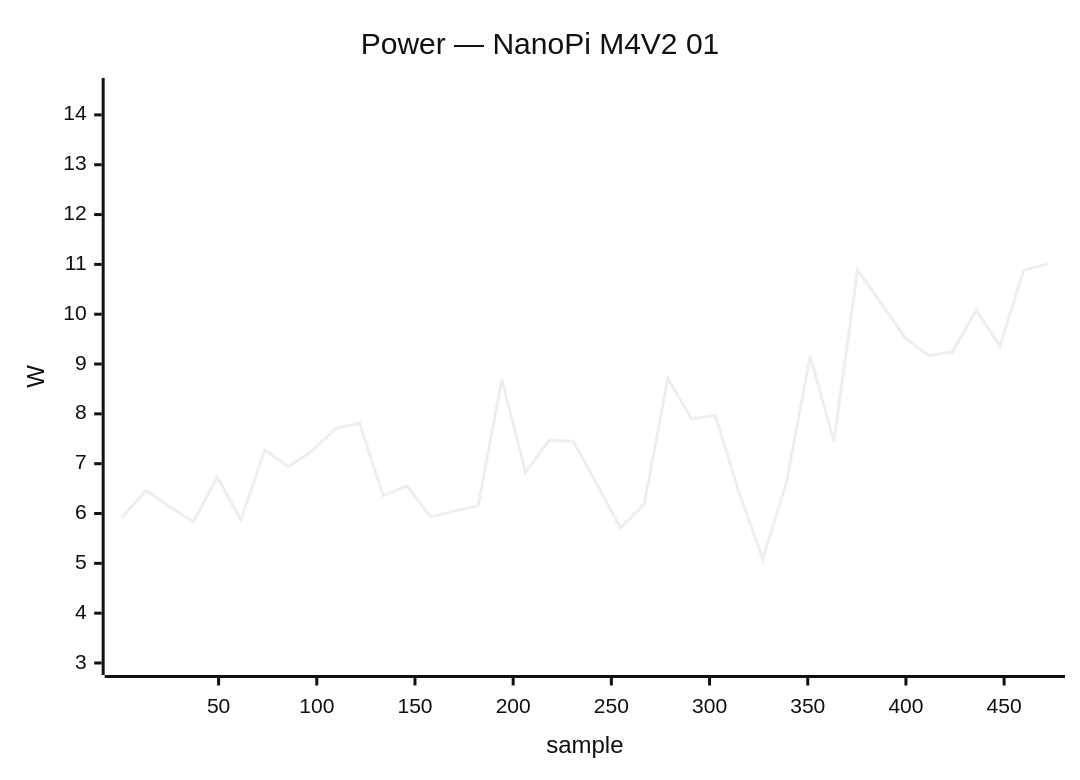
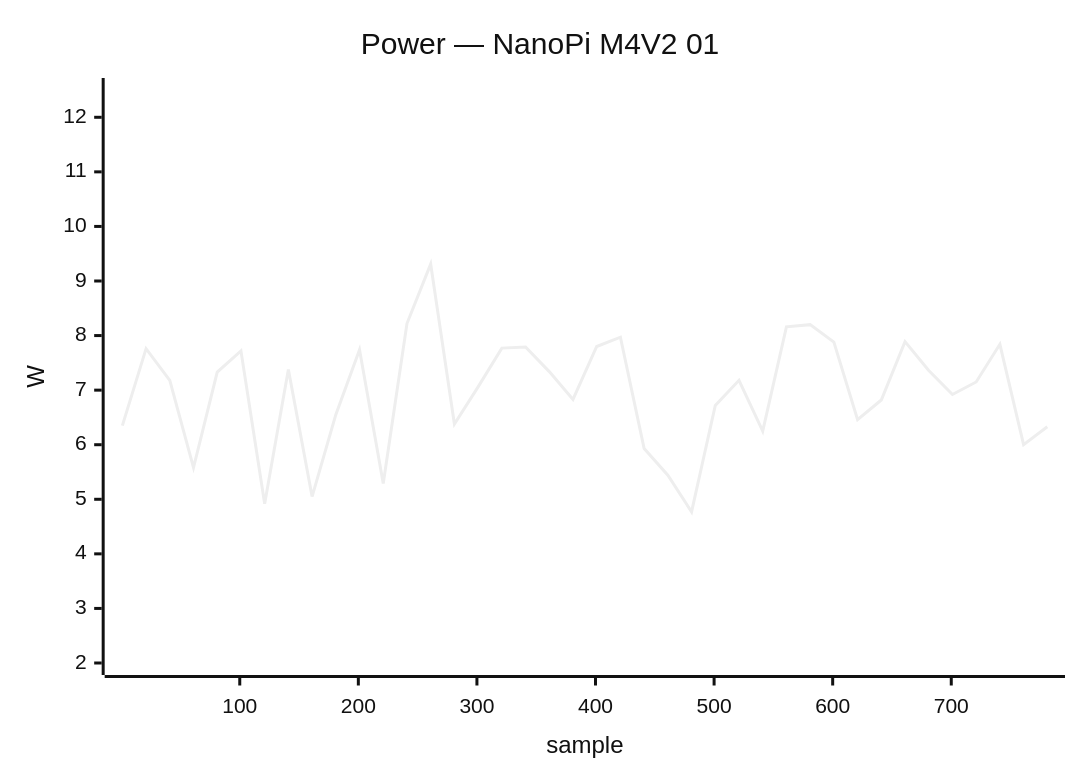
Before and after one commit to armbian/documentation: the seventh of 25 diagrams in docs/status/board-tests.md, drawn with Mermaid (neutral theme). The commit also changed other lines of this file, not shown here.

````diff
--- a/docs/status/board-tests.md
+++ b/docs/status/board-tests.md
@@ -478,7 +486,7 @@
     ```mermaid
     xychart-beta
         title "Power — NanoPi M4V2 01"
-        x-axis "sample" 1 --> 472
-        y-axis "W" 3.0 --> 14.5
-        line [5.93, 6.46, 6.13, 5.84, 6.73, 5.87, 7.28, 6.94, 7.26, 7.71, 7.81, 6.36, 6.55, 5.93, 6.05, 6.15, 8.69, 6.83, 7.47, 7.45, 6.60, 5.71, 6.18, 8.71, 7.90, 7.97, 6.42, 5.09, 6.62, 9.16, 7.45, 10.88, 10.22, 9.53, 9.17, 9.24, 10.08, 9.36, 10.88, 11.01]
+        x-axis "sample" 1 --> 781
+        y-axis "W" 2.0 --> 12.5
+        line [6.35, 7.76, 7.18, 5.58, 7.33, 7.72, 4.92, 7.38, 5.05, 6.55, 7.74, 5.29, 8.22, 9.31, 6.38, 7.06, 7.77, 7.79, 7.34, 6.83, 7.80, 7.97, 5.93, 5.44, 4.77, 6.72, 7.18, 6.25, 8.16, 8.20, 7.88, 6.46, 6.82, 7.89, 7.36, 6.92, 7.15, 7.84, 6.00, 6.33]
     ```
````
